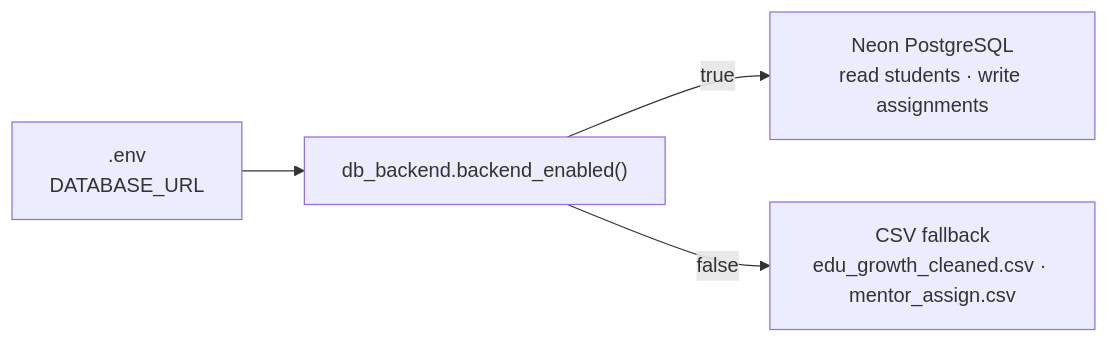
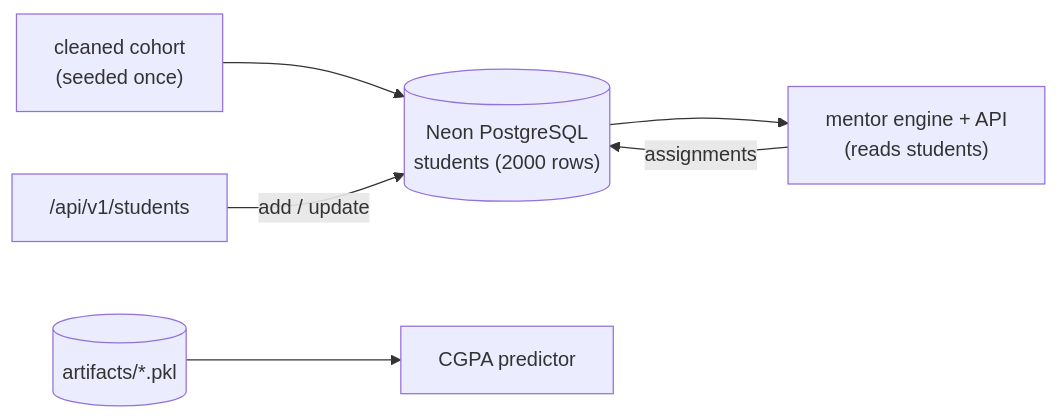
One commit to cybodexx/edu-growth changed the sixth of 6 diagrams in README.md. Above: the diagram before and after it, drawn with Mermaid. The commit also changed other lines of this file and 19 other files, not shown here.

````diff
--- a/README.md
+++ b/README.md
@@ -321,6 +344,8 @@
 ```mermaid
 flowchart LR
-    ENV[".env<br/>DATABASE_URL"] --> BE["db_backend.backend_enabled()"]
-    BE -- true --> NEON["Neon PostgreSQL<br/>read students · write assignments"]
-    BE -- false --> CSV["CSV fallback<br/>edu_growth_cleaned.csv · mentor_assign.csv"]
+    SEED["cleaned cohort<br/>(seeded once)"] --> NEON[("Neon PostgreSQL<br/>students (2000 rows)")]
+    NEON --> ENGINE["mentor engine + API<br/>(reads students)"]
+    ENGINE -->|"assignments"| NEON
+    API["/api/v1/students"] -->|"add / update"| NEON
+    PKL[("artifacts/*.pkl")] --> PRED["CGPA predictor"]
 ```
````
